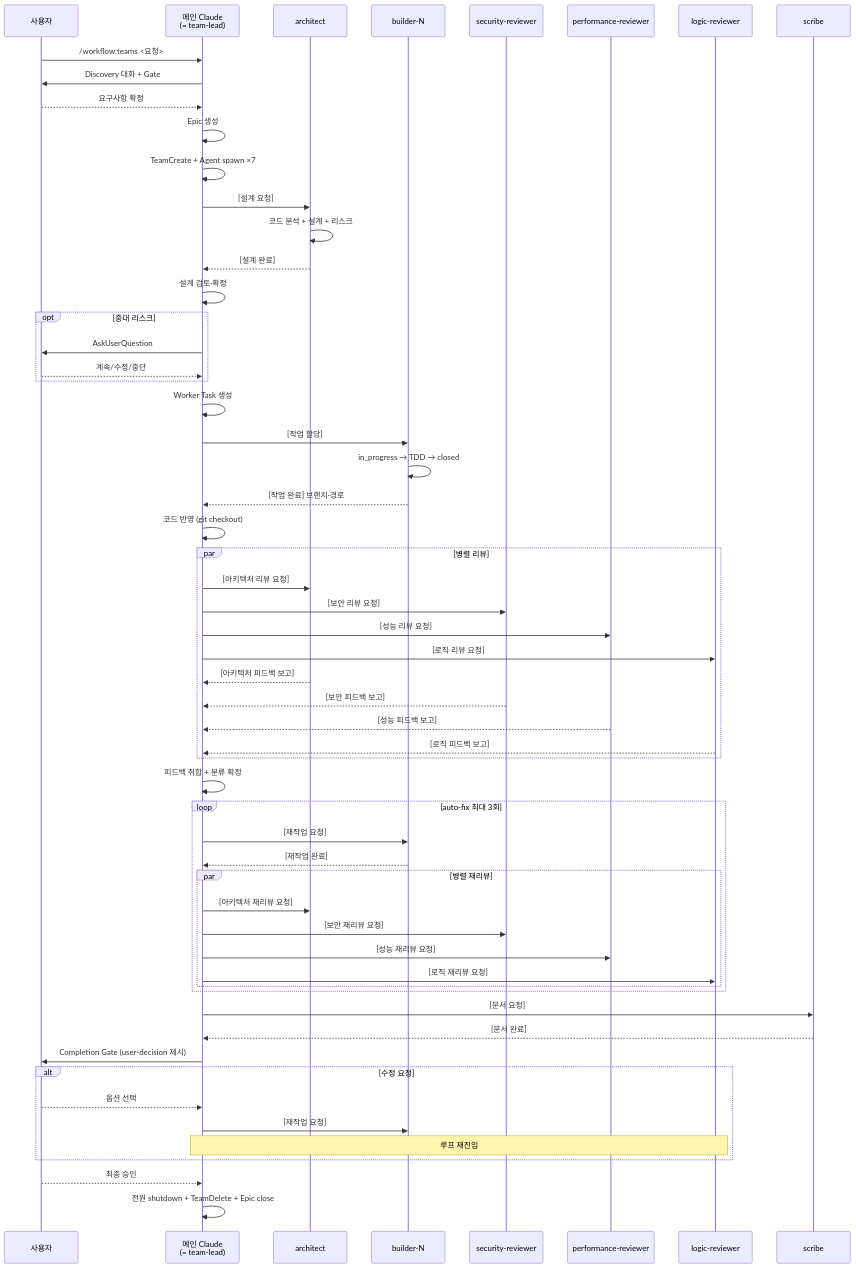
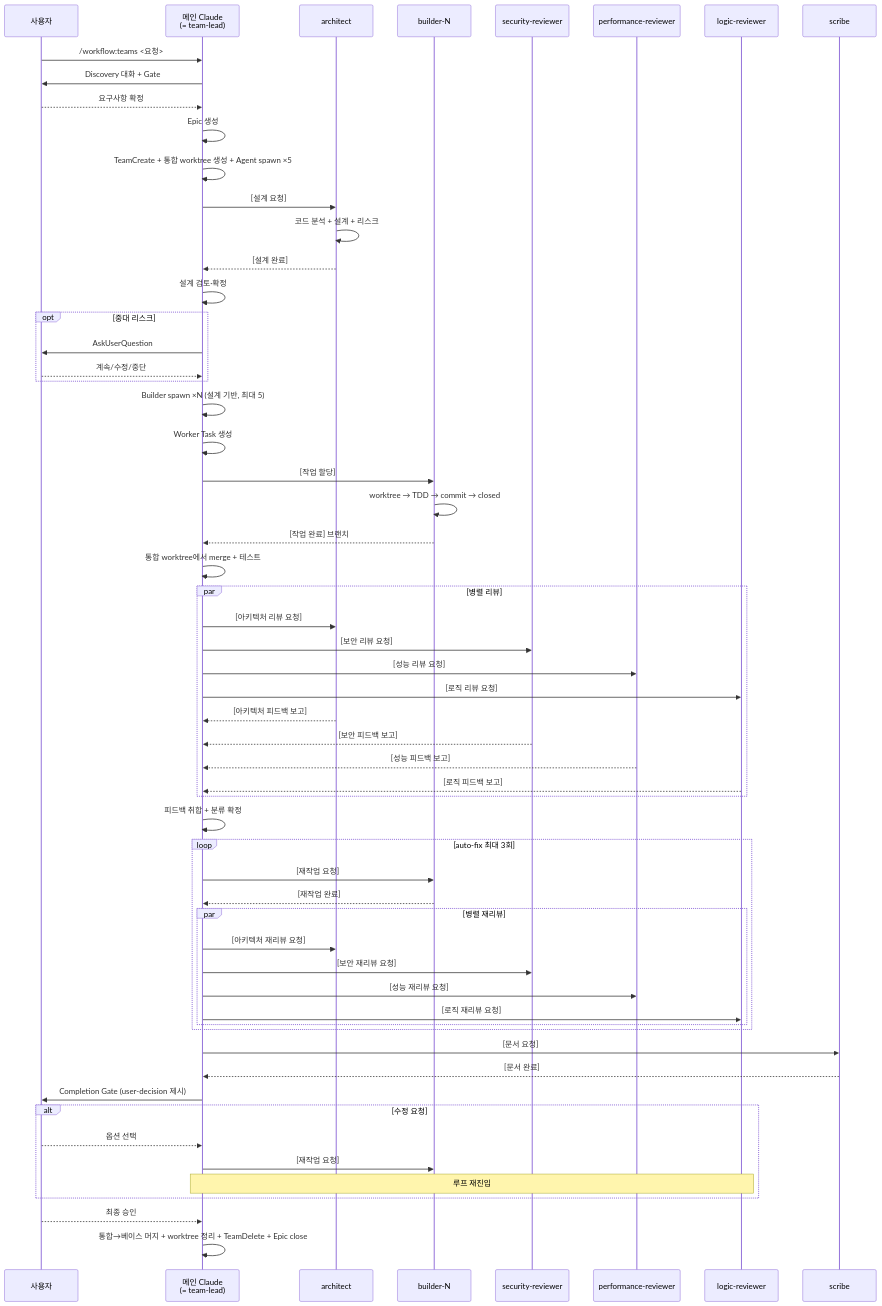
One commit to Wondermove-Inc/calab-claude-plugin changed the diagram in plugins/workflow/skills/teams/SKILL.md. Above: the diagram before and after it, drawn with Mermaid. The commit also changed other lines of this file and 7 other files, not shown here.

First line of the commit message:
[refactor]: teams 워크플로우 builder 동적 생성 및 통합 worktree 구조 도입

````diff
--- a/plugins/workflow/skills/teams/SKILL.md
+++ b/plugins/workflow/skills/teams/SKILL.md
@@ -58,65 +60,66 @@
 ```mermaid
 ---
 config:
   layout: elk
 ---
 sequenceDiagram
     participant U as 사용자
     participant MC as 메인 Claude<br/>(= team-lead)
     participant A as architect
     participant B as builder-N
     participant SR as security-reviewer
     participant PR as performance-reviewer
     participant LR as logic-reviewer
     participant S as scribe
 
     U->>MC: /workflow:teams <요청>
     MC->>U: Discovery 대화 + Gate
     U-->>MC: 요구사항 확정
     MC->>MC: Epic 생성
-    MC->>MC: TeamCreate + Agent spawn ×7
+    MC->>MC: TeamCreate + 통합 worktree 생성 + Agent spawn ×5
     MC->>A: [설계 요청]
     A->>A: 코드 분석 + 설계 + 리스크
     A-->>MC: [설계 완료]
     MC->>MC: 설계 검토·확정
     opt 중대 리스크
         MC->>U: AskUserQuestion
         U-->>MC: 계속/수정/중단
     end
+    MC->>MC: Builder spawn ×N (설계 기반, 최대 5)
     MC->>MC: Worker Task 생성
     MC->>B: [작업 할당]
-    B->>B: in_progress → TDD → closed
-    B-->>MC: [작업 완료] 브랜치·경로
-    MC->>MC: 코드 반영 (git checkout)
+    B->>B: worktree → TDD → commit → closed
+    B-->>MC: [작업 완료] 브랜치
+    MC->>MC: 통합 worktree에서 merge + 테스트
     par 병렬 리뷰
         MC->>A: [아키텍처 리뷰 요청]
         MC->>SR: [보안 리뷰 요청]
         MC->>PR: [성능 리뷰 요청]
         MC->>LR: [로직 리뷰 요청]
         A-->>MC: [아키텍처 피드백 보고]
         SR-->>MC: [보안 피드백 보고]
         PR-->>MC: [성능 피드백 보고]
         LR-->>MC: [로직 피드백 보고]
     end
     MC->>MC: 피드백 취합 + 분류 확정
     loop auto-fix 최대 3회
         MC->>B: [재작업 요청]
         B-->>MC: [재작업 완료]
         par 병렬 재리뷰
             MC->>A: [아키텍처 재리뷰 요청]
             MC->>SR: [보안 재리뷰 요청]
             MC->>PR: [성능 재리뷰 요청]
             MC->>LR: [로직 재리뷰 요청]
         end
     end
     MC->>S: [문서 요청]
     S-->>MC: [문서 완료]
     MC->>U: Completion Gate (user-decision 제시)
     alt 수정 요청
         U-->>MC: 옵션 선택
         MC->>B: [재작업 요청]
         note over MC,LR: 루프 재진입
     end
     U-->>MC: 최종 승인
-    MC->>MC: 전원 shutdown + TeamDelete + Epic close
+    MC->>MC: 통합→베이스 머지 + worktree 정리 + TeamDelete + Epic close
 ```
````
